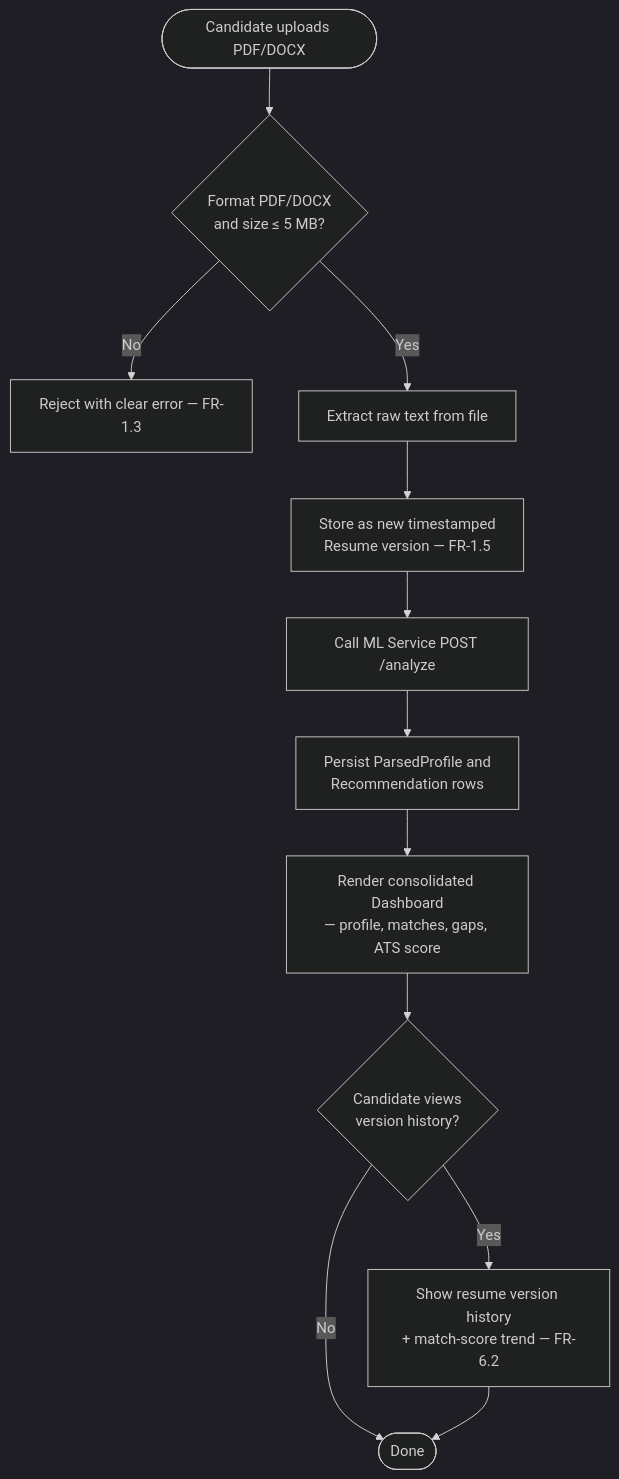
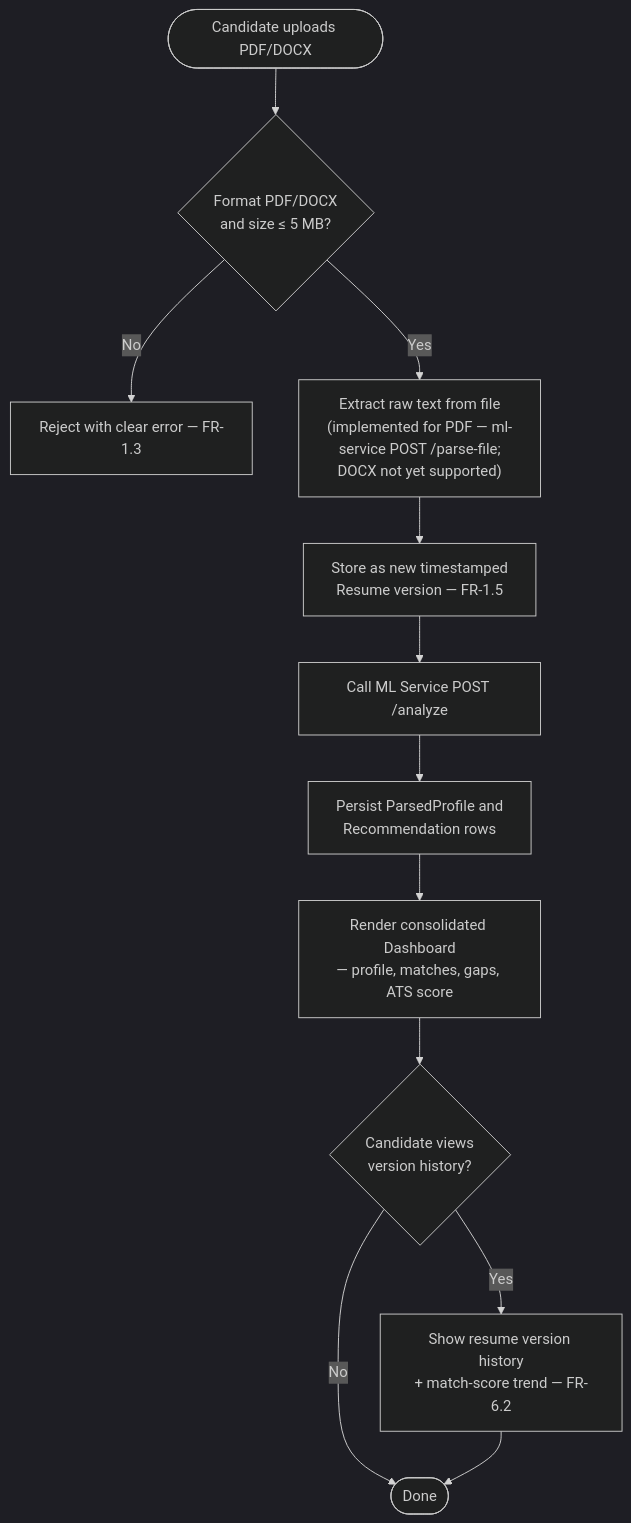
Before and after one commit to biswas2200/Smart-Resume-Analyzer-and-Job-Recommendation-System: the second of 4 diagrams in docs/process-flow.md, drawn with Mermaid (dark theme). The commit also changed other lines of this file and 96 other files, not shown here.

````diff
--- a/docs/process-flow.md
+++ b/docs/process-flow.md
@@ -31,14 +36,14 @@
 ```mermaid
 flowchart TD
     U([Candidate uploads PDF/DOCX]) --> V{Format PDF/DOCX\nand size ≤ 5 MB?}
     V -- No --> E1[Reject with clear error — FR-1.3]
-    V -- Yes --> X[Extract raw text from file]
+    V -- Yes --> X["Extract raw text from file\n(implemented for PDF — ml-service POST /parse-file;\nDOCX not yet supported)"]
     X --> S[Store as new timestamped\nResume version — FR-1.5]
     S --> Call[Call ML Service POST /analyze]
     Call --> Persist[Persist ParsedProfile and\nRecommendation rows]
     Persist --> Dash[Render consolidated Dashboard\n— profile, matches, gaps, ATS score]
     Dash --> Hist{Candidate views\nversion history?}
     Hist -- Yes --> Trend[Show resume version history\n+ match-score trend — FR-6.2]
     Hist -- No --> Done([Done])
     Trend --> Done
 ```
````
